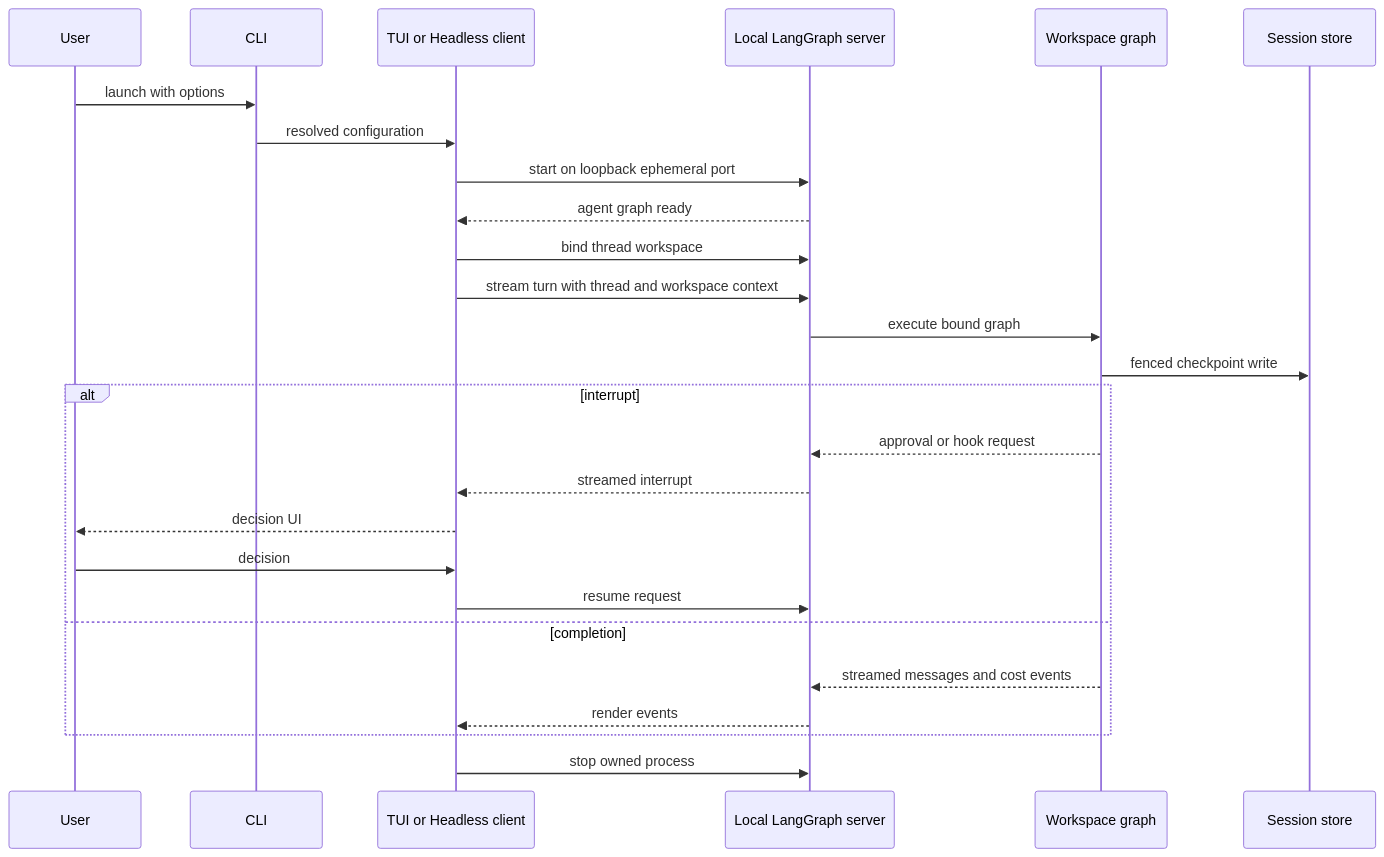
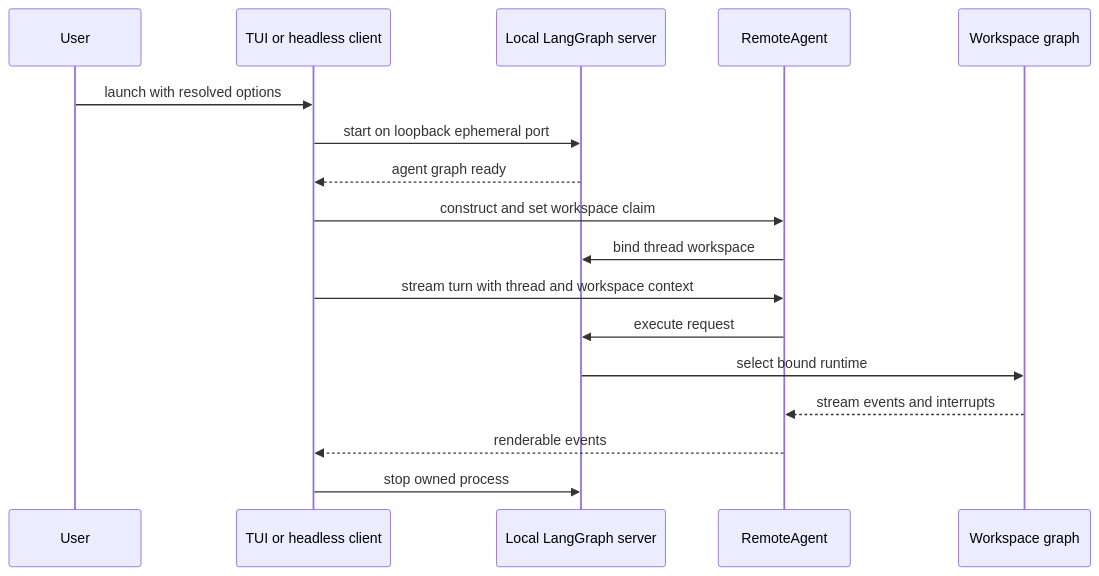
The first of 2 diagrams in openwiki/workflows/run-dcode-session.md (langchain-ai/deepagents), drawn with Mermaid before and after one commit. The commit also changed other lines of this file and 28 other files, not shown here.

````diff
--- a/openwiki/workflows/run-dcode-session.md
+++ b/openwiki/workflows/run-dcode-session.md
@@ -68,28 +82,19 @@
 ```mermaid
 sequenceDiagram
     participant User
-    participant CLI
-    participant Client as TUI or Headless client
+    participant Client as TUI or headless client
     participant Server as Local LangGraph server
+    participant Agent as RemoteAgent
     participant Graph as Workspace graph
-    participant Store as Session store
-    User->>CLI: launch with options
-    CLI->>Client: resolved configuration
+    User->>Client: launch with resolved options
     Client->>Server: start on loopback ephemeral port
     Server-->>Client: agent graph ready
-    Client->>Server: bind thread workspace
-    Client->>Server: stream turn with thread and workspace context
-    Server->>Graph: execute bound graph
-    Graph->>Store: fenced checkpoint write
-    alt interrupt
-        Graph-->>Server: approval or hook request
-        Server-->>Client: streamed interrupt
-        Client-->>User: decision UI
-        User->>Client: decision
-        Client->>Server: resume request
-    else completion
-        Graph-->>Server: streamed messages and cost events
-        Server-->>Client: render events
-    end
+    Client->>Agent: construct and set workspace claim
+    Agent->>Server: bind thread workspace
+    Client->>Agent: stream turn with thread and workspace context
+    Agent->>Server: execute request
+    Server->>Graph: select bound runtime
+    Graph-->>Agent: stream events and interrupts
+    Agent-->>Client: renderable events
     Client->>Server: stop owned process
 ```
````
